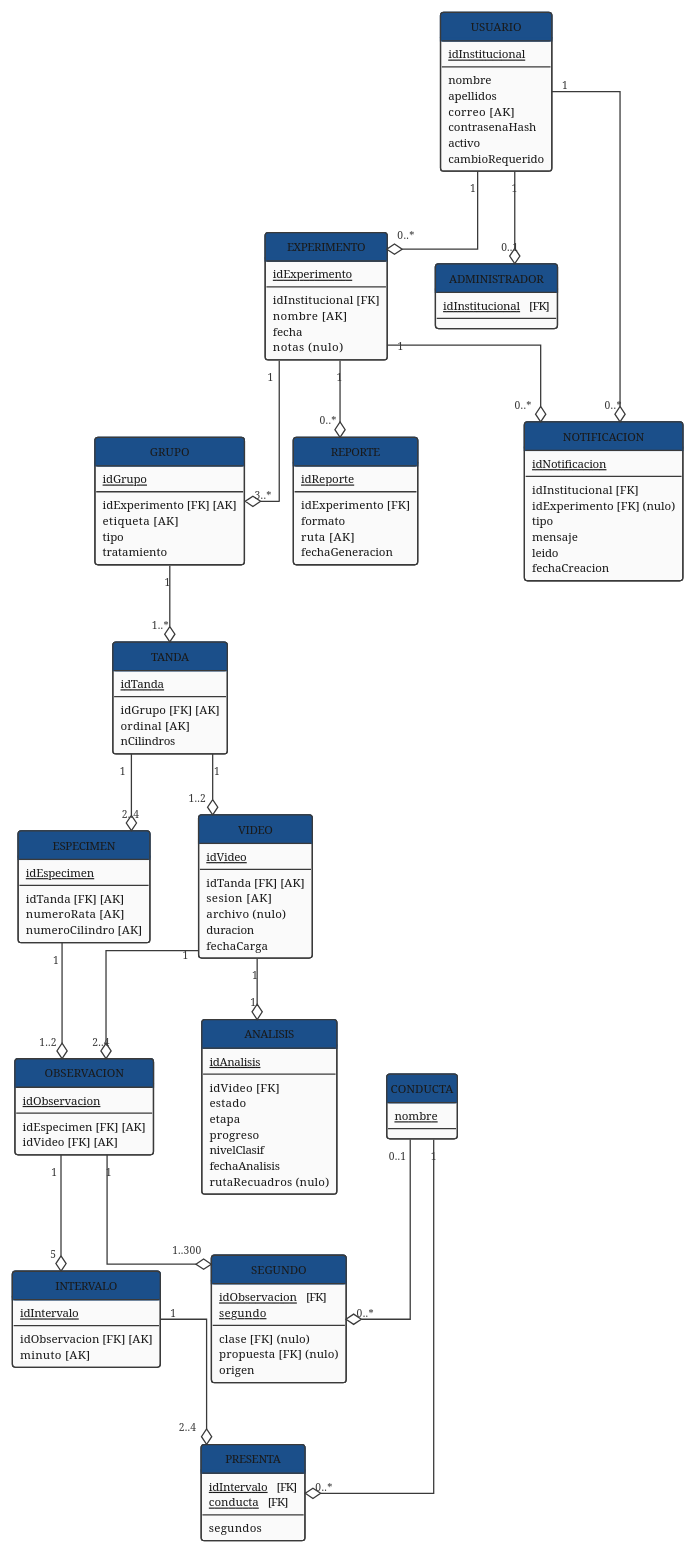
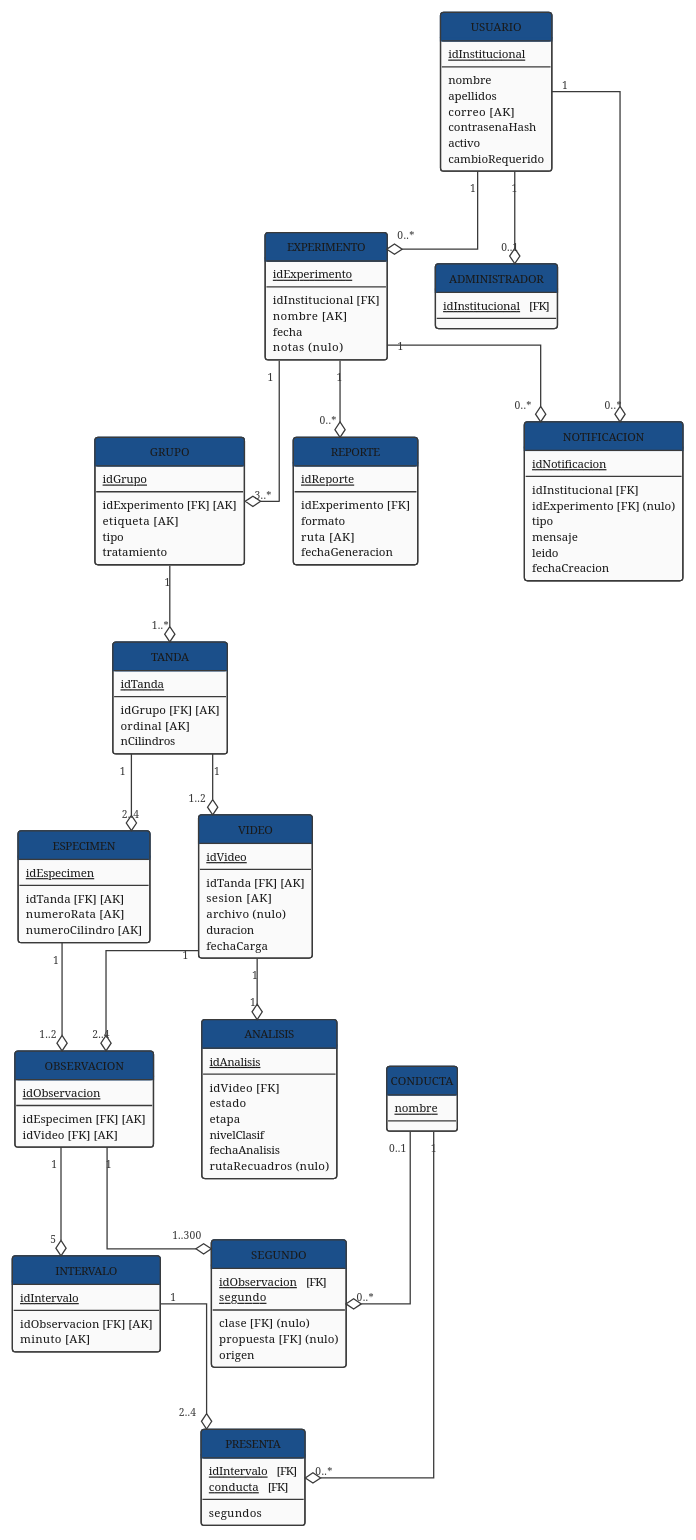
The diagram in diagramas/grafo_relacional_3_vigente.puml (ErickJester/fst-ai-system-latex), drawn with PlantUML before and after one commit. The commit also changed 8 other files, not shown here.

First line of the commit message:
Retirar ANALISIS.progreso de D-51

```diff
--- a/diagramas/grafo_relacional_3_vigente.puml
+++ b/diagramas/grafo_relacional_3_vigente.puml
@@ -13,13 +13,13 @@
 '  modelado como subtipo -- si el usuario no aparece aqui, es
 '  investigador simple.
 '
-'  15 relaciones - 67 atributos - 18 llaves foraneas.
+'  15 relaciones - 66 atributos - 18 llaves foraneas.
 '  (D-51, 5-oct: se quitaron MODELO y CONFIGURACION y la columna
 '   ANALISIS.idConfig -- ningun RF permite cambiar el modelo ni el
 '   umbral, son constantes del pipeline. Se agregaron
-'   ANALISIS.rutaRecuadros y ANALISIS.progreso; SEGUNDO.propuesta y
+'   ANALISIS.rutaRecuadros; SEGUNDO.propuesta y
 '   VIDEO.archivo pasan a admitir nulo; EXPERIMENTO.nombre pasa a
-'   ser clave alterna. Baja de 17 a 15 relaciones, de 78 a 67
+'   ser clave alterna. Baja de 17 a 15 relaciones, de 78 a 66
 '   atributos y de 20 a 18 llaves foraneas)
 '  (D-47, 4-oct: se quito ANALISIS.confianza -- el detector actual
 '   no produce ningun valor de confianza -- y baja de 79 a 78)
@@ -165,7 +165,6 @@
   idVideo   [FK]
   estado
   etapa
-  progreso
   nivelClasif
   fechaAnalisis
   rutaRecuadros   (nulo)
```
